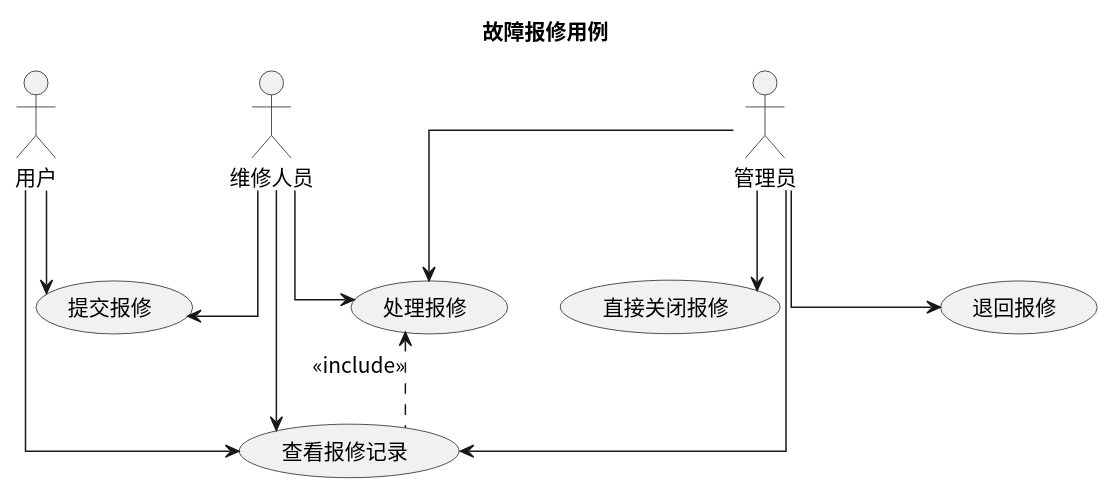
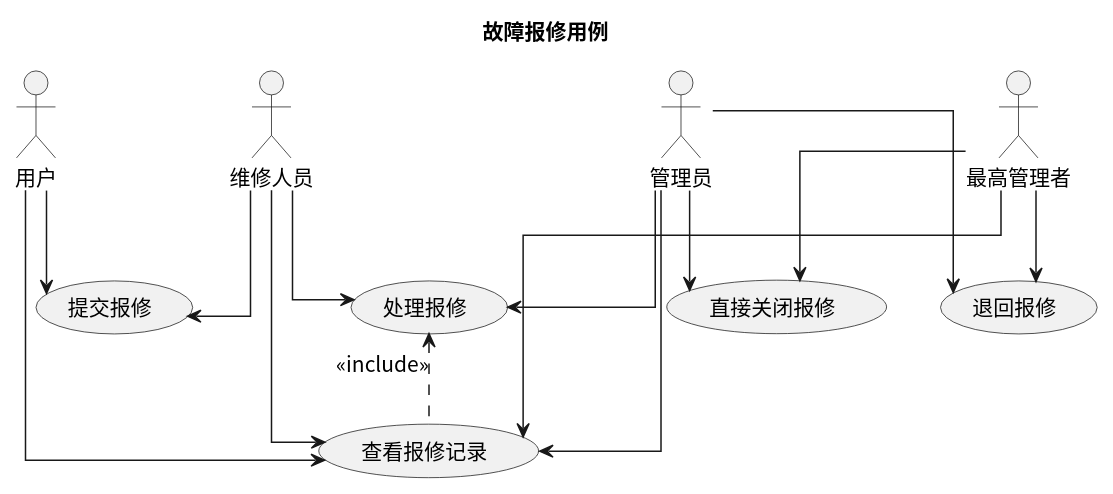
Before and after one commit to greenhandzdl/charging-station-doc: the diagram in usecase/docs/backend/src/repair.puml, drawn with PlantUML. The commit also changed 18 other files, not shown here.

```diff
--- a/usecase/docs/backend/src/repair.puml
+++ b/usecase/docs/backend/src/repair.puml
@@ -1,28 +1,32 @@
 @startuml
 skinparam defaultFontName "Noto Sans CJK SC"
 skinparam defaultFontSize 14
 title 故障报修用例
 skinparam linetype ortho
 
 actor "用户" as U
 actor "维修人员" as M
 actor "管理员" as A
+actor "最高管理者" as SA
 
 (提交报修)
 (处理报修)
 (直接关闭报修)
 (查看报修记录)
 (退回报修)
 
 U --> 提交报修
 U --> 查看报修记录
 M --> 提交报修
 M --> 处理报修
 M --> 查看报修记录
 A --> 处理报修
 A --> 直接关闭报修
 A --> 查看报修记录
 A --> 退回报修
+SA --> 直接关闭报修
+SA --> 查看报修记录
+SA --> 退回报修
 
 处理报修 <.down. 查看报修记录 : <<include>>
 @enduml
```
